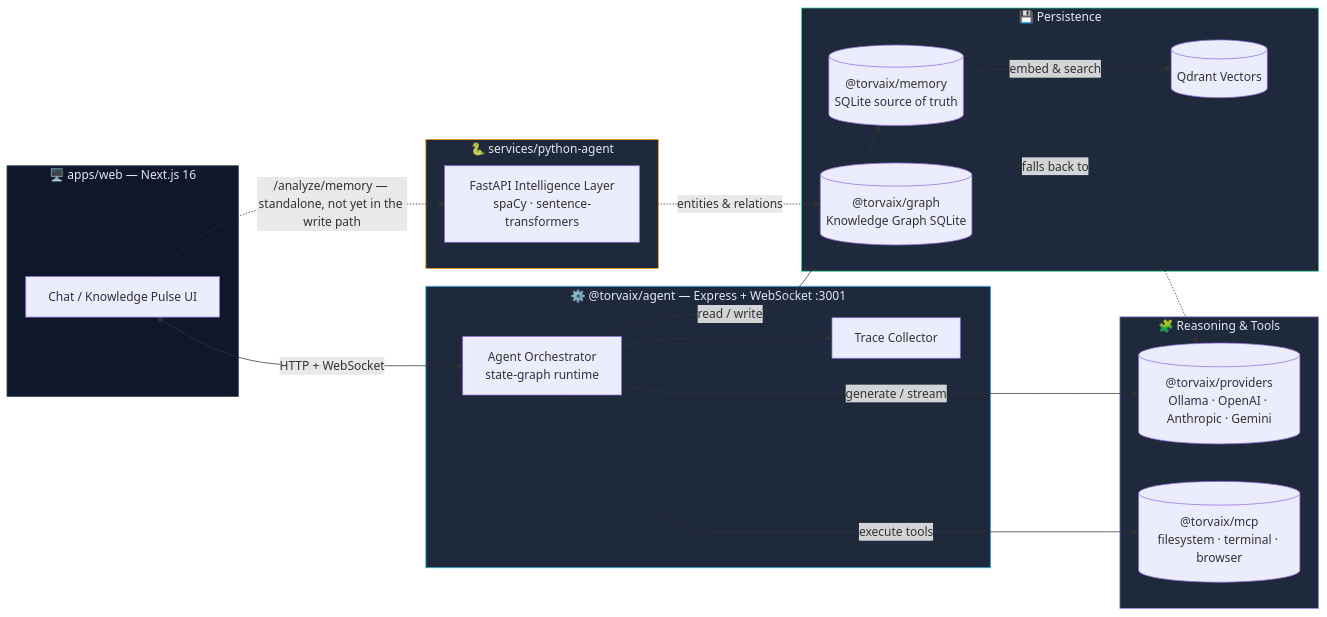
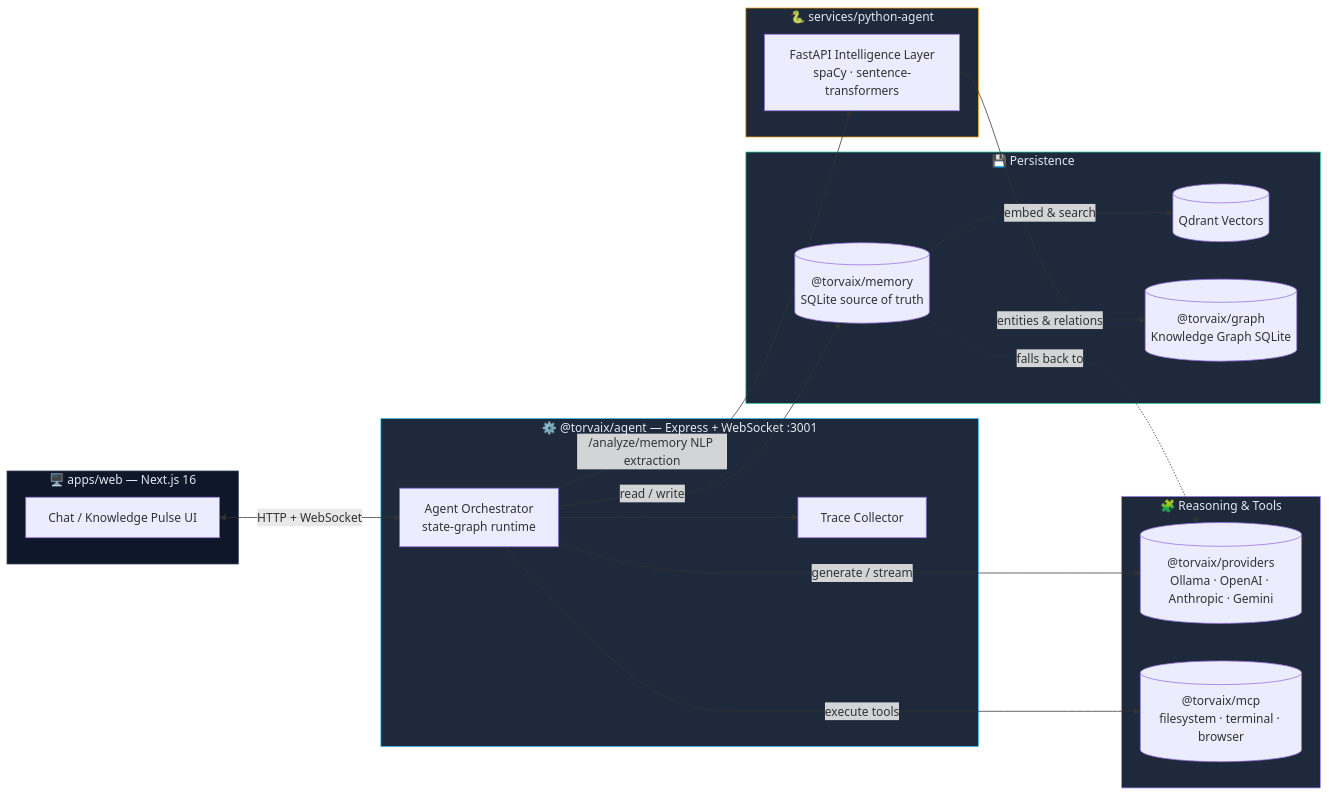
Before and after one commit to Yashasm18/Torvaix: the first of 2 diagrams in README.md, drawn with Mermaid. The commit also changed 2 other files, not shown here.

Commit message:
feat(graph): dynamic route rendering, graph unit tests, and write-path architecture sync

````diff
--- a/README.md
+++ b/README.md
@@ -54,42 +54,42 @@
 ```mermaid
 graph LR
     subgraph Client["🖥️ apps/web — Next.js 16"]
         UI[Chat / Knowledge Pulse UI]
     end
 
     subgraph Server["⚙️ @torvaix/agent — Express + WebSocket :3001"]
         Orchestrator[Agent Orchestrator<br/>state-graph runtime]
         Trace[Trace Collector]
     end
 
     subgraph Reasoning["🧩 Reasoning & Tools"]
         Providers[("@torvaix/providers<br/>Ollama · OpenAI · Anthropic · Gemini")]
         MCP[("@torvaix/mcp<br/>filesystem · terminal · browser")]
     end
 
     subgraph Data["💾 Persistence"]
         MemoryStore[("@torvaix/memory<br/>SQLite source of truth")]
         Qdrant[(Qdrant Vectors)]
         Graph[("@torvaix/graph<br/>Knowledge Graph SQLite")]
     end
 
     subgraph Intelligence["🐍 services/python-agent"]
         PyIntel[FastAPI Intelligence Layer<br/>spaCy · sentence-transformers]
     end
 
     UI <-->|HTTP + WebSocket| Orchestrator
     Orchestrator --> Trace
     Orchestrator -->|generate / stream| Providers
     Orchestrator -->|execute tools| MCP
     Orchestrator -->|read / write| MemoryStore
     MemoryStore -->|embed & search| Qdrant
     MemoryStore -.->|falls back to| Providers
-    UI -.->|"/analyze/memory" — standalone, not yet in the write path| PyIntel
-    PyIntel -.->|entities & relations| Graph
+    Orchestrator -->|"/analyze/memory" NLP extraction| PyIntel
+    PyIntel -->|entities & relations| Graph
 
     style Client fill:#0f172a,stroke:#334155,color:#e2e8f0
     style Server fill:#1e293b,stroke:#38bdf8,color:#e2e8f0
     style Reasoning fill:#1e293b,stroke:#a78bfa,color:#e2e8f0
     style Data fill:#1e293b,stroke:#34d399,color:#e2e8f0
     style Intelligence fill:#1e293b,stroke:#f59e0b,color:#e2e8f0
 ```
````
